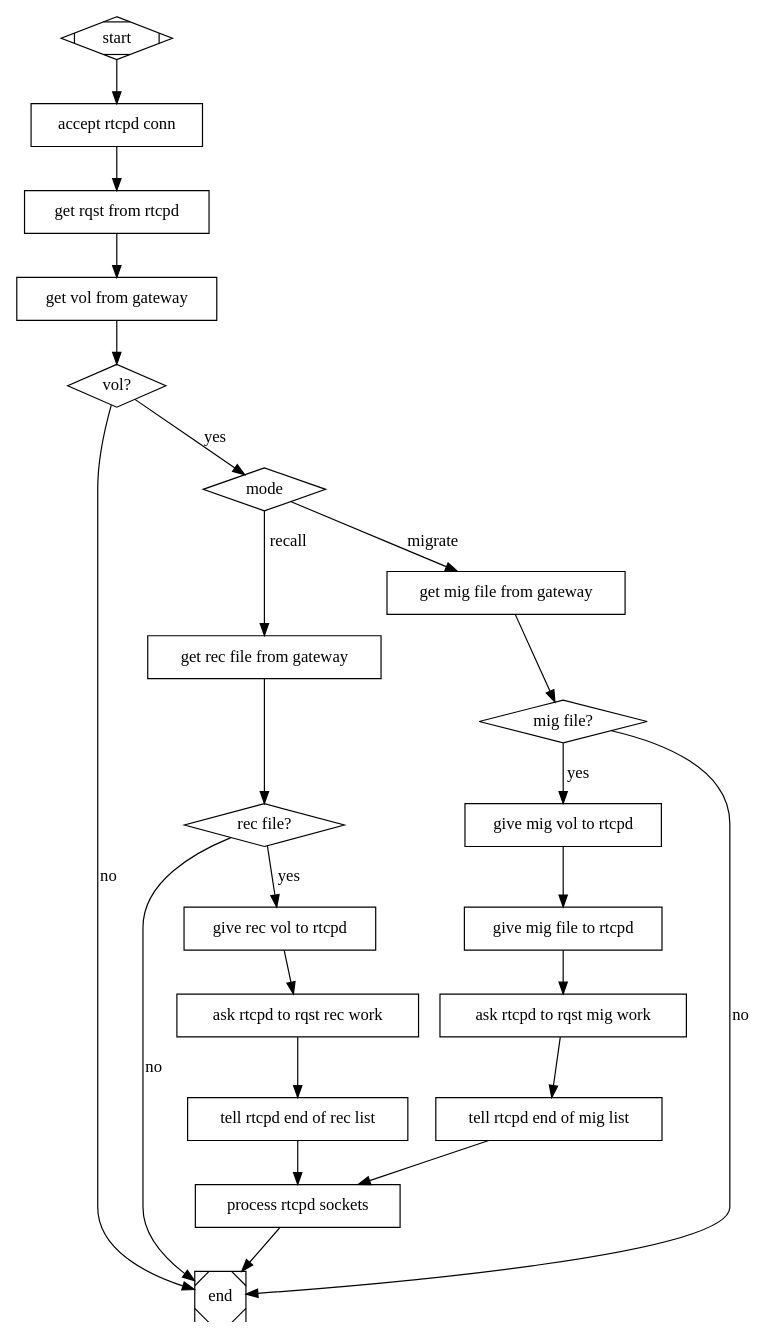
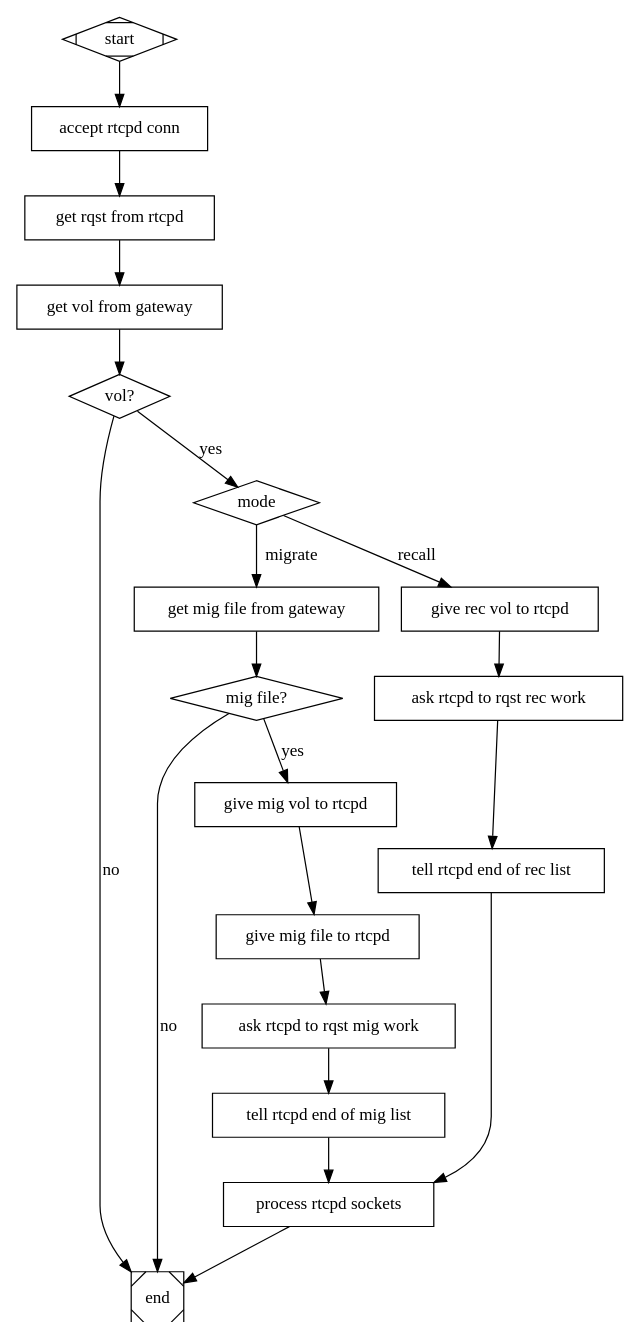
The diagram in castor/tape/doc/flow_charts/coordinateRemoteCopy.dot (cern-cta/CTA), drawn with Graphviz before and after one commit.

Commit message:
Corrected the flow chart fo the coordinateRemoteCopy function.  The aggregator should not ask the tape gateway for a recall file at the beginning.  The agregator will be asked for more work when the tape is mounted and only then should the aggregattor give the first file to be recalled.

```diff
--- a/castor/tape/doc/flow_charts/coordinateRemoteCopy.dot
+++ b/castor/tape/doc/flow_charts/coordinateRemoteCopy.dot
@@ -1,46 +1,41 @@
 digraph flowchart {
   size="8,11";
 
   start                        -> "accept rtcpd conn";
   "accept rtcpd conn"          -> "get rqst from rtcpd";
   "get rqst from rtcpd"        -> "get vol from gateway";
   "get vol from gateway"       -> "vol?";
   "vol?"                       -> end                           [label=no];
   "vol?"                       -> mode                          [label=yes];
   mode                         -> "get mig file from gateway"   [label=migrate];
   "get mig file from gateway"  -> "mig file?"
   "mig file?"                  -> end                           [label=no];
   "mig file?"                  -> "give mig vol to rtcpd"       [label=yes];
   "give mig vol to rtcpd"      -> "give mig file to rtcpd";
   "give mig file to rtcpd"     -> "ask rtcpd to rqst mig work";
   "ask rtcpd to rqst mig work" -> "tell rtcpd end of mig list";
   "tell rtcpd end of mig list" -> "process rtcpd sockets";
-  mode                         -> "get rec file from gateway"   [label=recall];
-  "get rec file from gateway"  -> "rec file?"
-  "rec file?"                  -> end                           [label=no];
-  "rec file?"                  -> "give rec vol to rtcpd"       [label=yes];
+  mode                         -> "give rec vol to rtcpd"       [label=recall];
   "give rec vol to rtcpd"      -> "ask rtcpd to rqst rec work";
   "ask rtcpd to rqst rec work" -> "tell rtcpd end of rec list";
   "tell rtcpd end of rec list" -> "process rtcpd sockets";
   "process rtcpd sockets"      -> end;
 
   "get rqst from rtcpd"        [shape=rectangle];
   "get vol from gateway"       [shape=rectangle];
   "accept rtcpd conn"          [shape=rectangle];
   "vol?"                       [shape=diamond];
   mode                         [shape=diamond];
   "get mig file from gateway"  [shape=rectangle];
   "mig file?"                  [shape=diamond];
   "give mig vol to rtcpd"      [shape=rectangle];
   "give mig file to rtcpd"     [shape=rectangle];
   "ask rtcpd to rqst mig work" [shape=rectangle];
   "tell rtcpd end of mig list" [shape=rectangle];
   "process rtcpd sockets"      [shape=rectangle];
-  "get rec file from gateway"  [shape=rectangle];
-  "rec file?"                  [shape=diamond];
   "give rec vol to rtcpd"      [shape=rectangle];
   "ask rtcpd to rqst rec work" [shape=rectangle];
   "tell rtcpd end of rec list" [shape=rectangle];
   start                        [shape=Mdiamond];
   end                          [shape=Msquare];
 }
```
